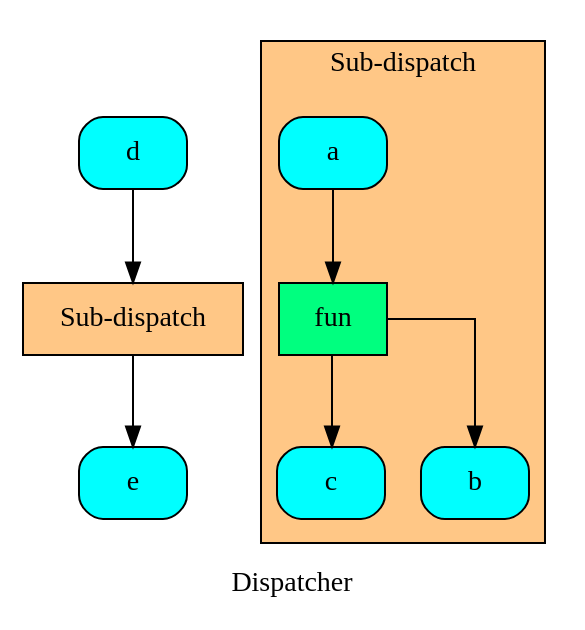
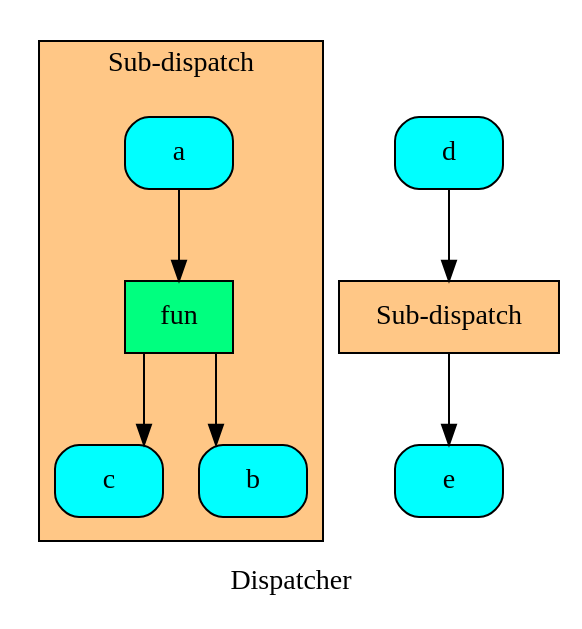
The diagram in doc/source/dispatcher/utils/dsp/SubDispatch_dsp.dot (vinci1it2000/schedula), drawn with Graphviz before and after one commit. The commit also changed 23 other files, not shown here.

```diff
--- a/doc/source/dispatcher/utils/dsp/SubDispatch_dsp.dot
+++ b/doc/source/dispatcher/utils/dsp/SubDispatch_dsp.dot
@@ -1,24 +1,24 @@
 digraph Dispatcher {
 	graph [ratio=1]
 	node [style=filled]
 	splines = ortho
 	label = "Dispatcher"
-		"Dispatcher_-1600553766741042494" [label="{ e  }" fillcolor=cyan shape=Mrecord]
-		subgraph "cluster_Dispatcher_-7568715897994935061" {
+		subgraph cluster_Dispatcher_5668236706988616843 {
 		style=filled
 		fillcolor="#FF8F0F80"
 		label="Sub-dispatch"
 		comment="Sub-dispatch"
-			"cluster_Dispatcher_-7568715897994935061_8642698689935103924" [label="{ c  }" fillcolor=cyan shape=Mrecord]
-			"cluster_Dispatcher_-7568715897994935061_4091537378154039687" [label="{ b  }" fillcolor=cyan shape=Mrecord]
-			"cluster_Dispatcher_-7568715897994935061_-1841214044933314468" [label="{ a  }" fillcolor=cyan shape=Mrecord]
-			"cluster_Dispatcher_-7568715897994935061_-2651845486320115249" [label="{ fun  }" fillcolor=springgreen shape=record]
-				"cluster_Dispatcher_-7568715897994935061_-1841214044933314468" -> "cluster_Dispatcher_-7568715897994935061_-2651845486320115249"
-				"cluster_Dispatcher_-7568715897994935061_-2651845486320115249" -> "cluster_Dispatcher_-7568715897994935061_8642698689935103924"
-				"cluster_Dispatcher_-7568715897994935061_-2651845486320115249" -> "cluster_Dispatcher_-7568715897994935061_4091537378154039687"
+			"cluster_Dispatcher_5668236706988616843_-8069443800989944208" [label="{ c  }" fillcolor=cyan shape=Mrecord]
+			"cluster_Dispatcher_5668236706988616843_-4868960230063457645" [label="{ b  }" fillcolor=cyan shape=Mrecord]
+			"cluster_Dispatcher_5668236706988616843_-6154672520566587020" [label="{ a  }" fillcolor=cyan shape=Mrecord]
+			cluster_Dispatcher_5668236706988616843_5723371101454013599 [label="{ fun  }" fillcolor=springgreen shape=record]
+				"cluster_Dispatcher_5668236706988616843_-6154672520566587020" -> cluster_Dispatcher_5668236706988616843_5723371101454013599
+				cluster_Dispatcher_5668236706988616843_5723371101454013599 -> "cluster_Dispatcher_5668236706988616843_-8069443800989944208"
+				cluster_Dispatcher_5668236706988616843_5723371101454013599 -> "cluster_Dispatcher_5668236706988616843_-4868960230063457645"
 		}
-		"Dispatcher_-7568715897994935061" [label="{ Sub-dispatch  }" fillcolor="#FF8F0F80" shape=record]
-		"Dispatcher_-4429513020801161489" [label="{ d  }" fillcolor=cyan shape=Mrecord]
-			"Dispatcher_-7568715897994935061" -> "Dispatcher_-1600553766741042494"
-			"Dispatcher_-4429513020801161489" -> "Dispatcher_-7568715897994935061"
+		Dispatcher_5668236706988616843 [label="{ Sub-dispatch  }" fillcolor="#FF8F0F80" shape=record]
+		Dispatcher_8292886482098159717 [label="{ d  }" fillcolor=cyan shape=Mrecord]
+		Dispatcher_8757498191479327245 [label="{ e  }" fillcolor=cyan shape=Mrecord]
+			Dispatcher_5668236706988616843 -> Dispatcher_8757498191479327245
+			Dispatcher_8292886482098159717 -> Dispatcher_5668236706988616843
 }
```
